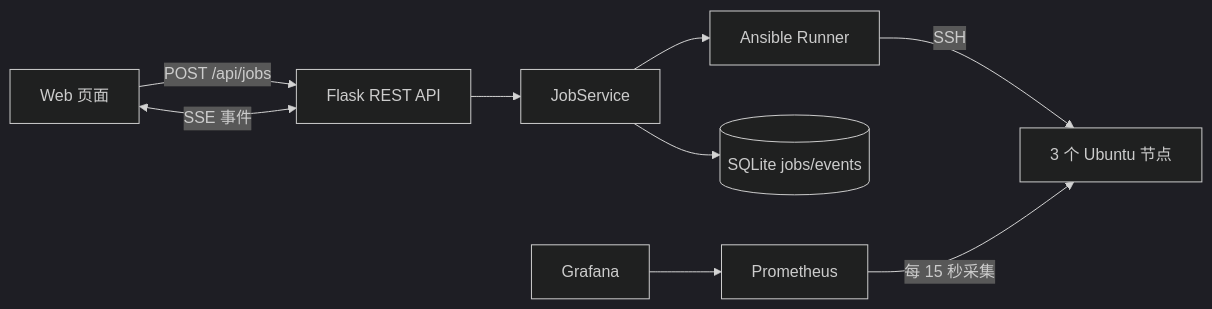
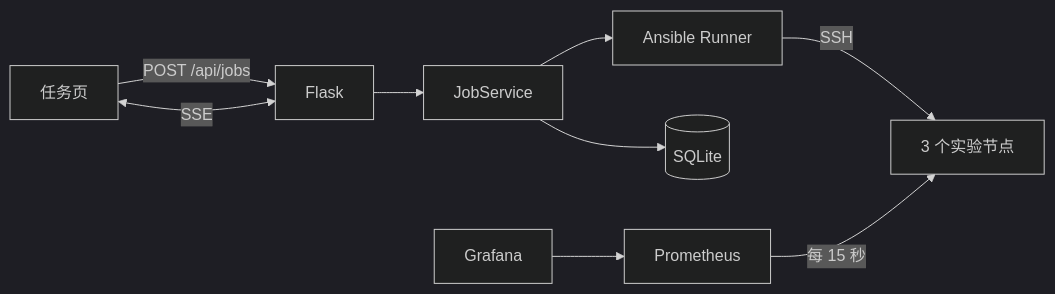
The diagram in readme.md (SSSSS0828/ansible-ops-platform), drawn with Mermaid (dark theme) before and after one commit. The commit also changed other lines of this file and 16 other files, not shown here.

````diff
--- a/readme.md
+++ b/readme.md
@@ -54,11 +68,11 @@
 ```mermaid
 flowchart LR
-    UI["Web 页面"] -->|"POST /api/jobs"| API["Flask REST API"]
-    UI <-->|"SSE 事件"| API
+    UI["任务页"] -->|"POST /api/jobs"| API["Flask"]
+    UI <-->|"SSE"| API
     API --> SERVICE["JobService"]
     SERVICE --> RUNNER["Ansible Runner"]
-    SERVICE --> DB[("SQLite jobs/events")]
-    RUNNER -->|"SSH"| NODES["3 个 Ubuntu 节点"]
-    PROM["Prometheus"] -->|"每 15 秒采集"| NODES
+    SERVICE --> DB[("SQLite")]
+    RUNNER -->|"SSH"| NODES["3 个实验节点"]
+    PROM["Prometheus"] -->|"每 15 秒"| NODES
     GRAFANA["Grafana"] --> PROM
 ```
````
